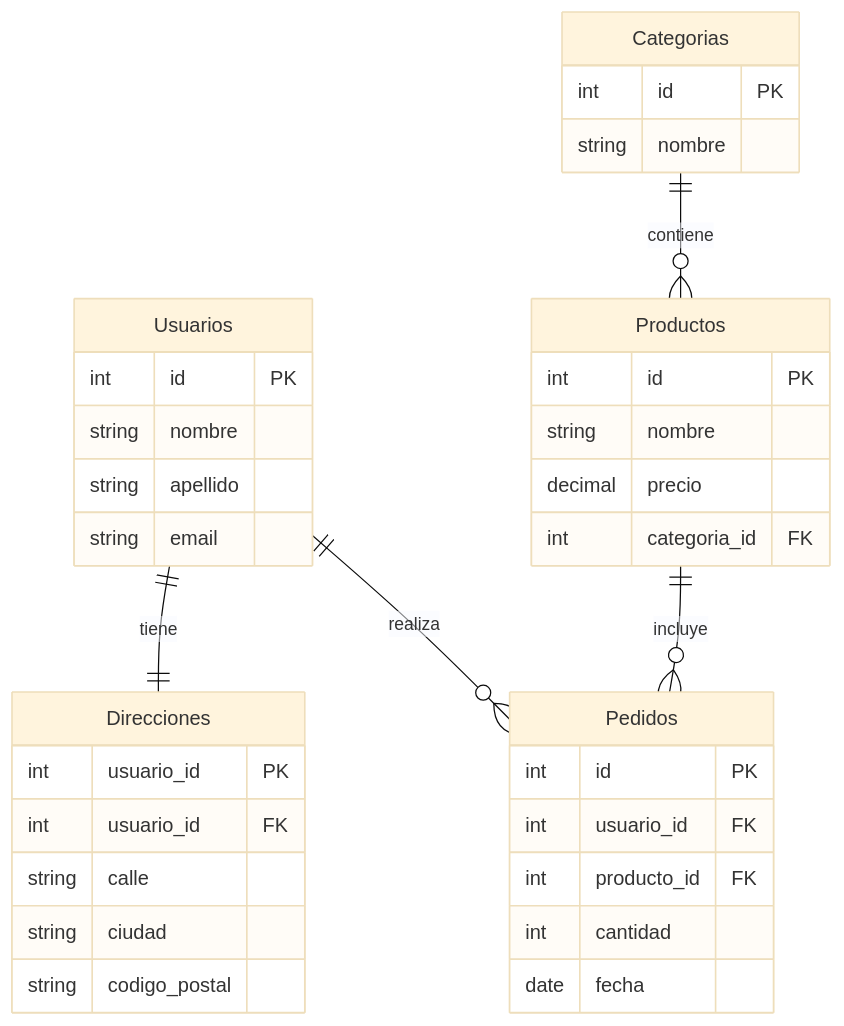
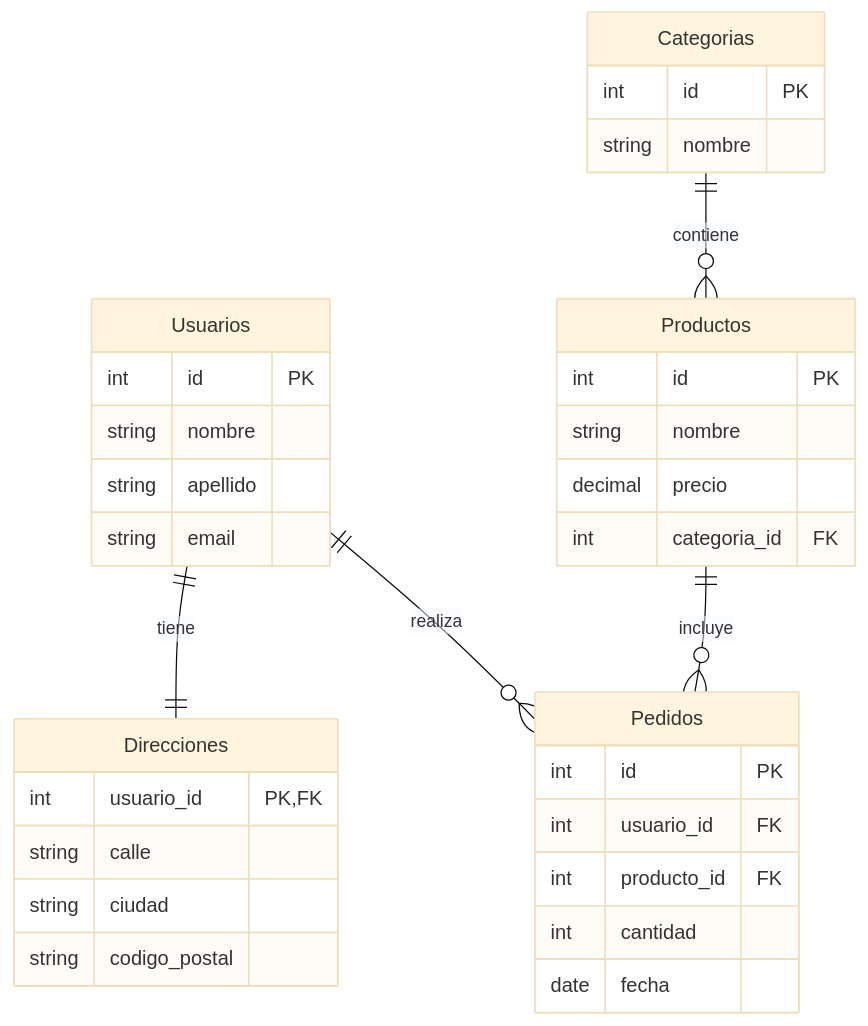
Before and after one commit to GabrielTGDev/ProyectoTienda: the first of 3 diagrams in README.md, drawn with Mermaid (base theme).

Commit message:
Update ER Diagram from README.md

````diff
--- a/README.md
+++ b/README.md
@@ -121,38 +121,37 @@
 ```mermaid
 erDiagram
 Categorias {
     int id PK
     string nombre
 }
 Usuarios {
     int id PK
     string nombre
     string apellido
     string email
 }
 Direcciones {
-    int usuario_id PK
-    int usuario_id FK
+    int usuario_id PK, FK
     string calle
     string ciudad
     string codigo_postal
 }
 Productos {
     int id PK
     string nombre
     decimal precio
     int categoria_id FK
 }
 Pedidos {
     int id PK
     int usuario_id FK
     int producto_id FK
     int cantidad
     date fecha
 }
 
 Categorias ||--o{ Productos : contiene
 Usuarios ||--|| Direcciones : tiene
 Usuarios ||--o{ Pedidos : realiza
 Productos ||--o{ Pedidos : incluye
 ```
````
